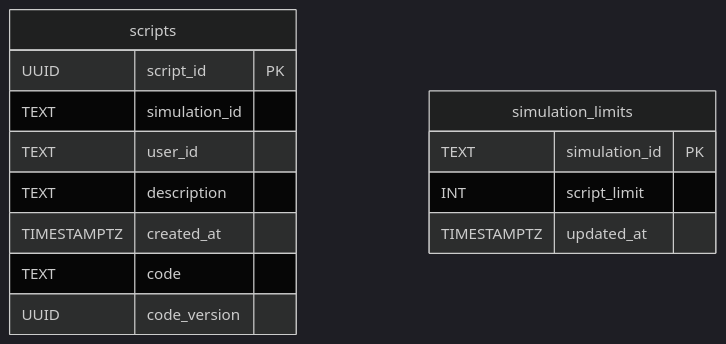
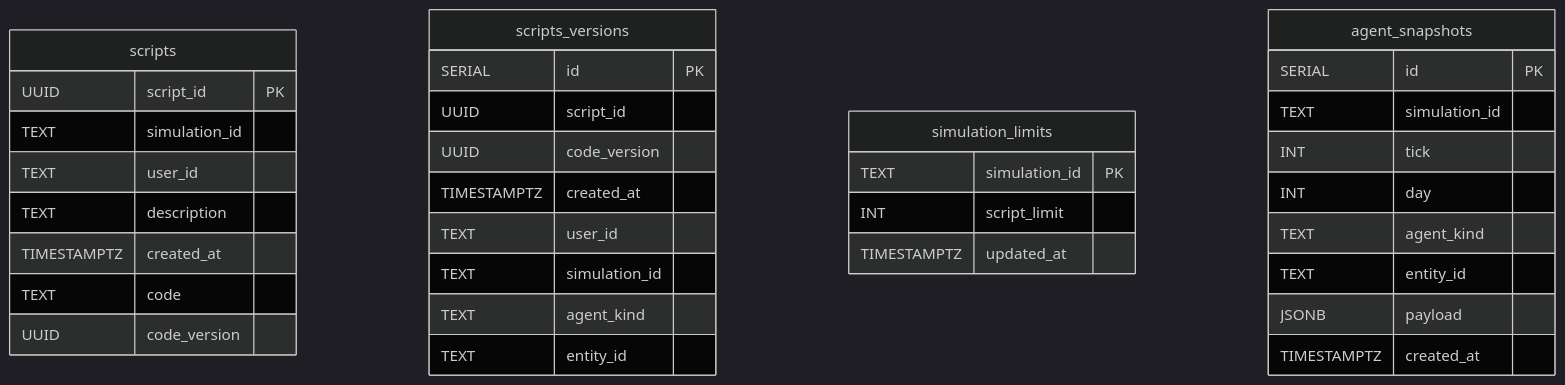
One commit to CeciliaGuo331/econ.simulator changed the second of 3 diagrams in docs/dev_handbook/2_DATA_AND_STORAGE.md. Above: the diagram before and after it, drawn with Mermaid (dark theme). The commit also changed other lines of this file and 25 other files, not shown here.

````diff
--- a/docs/dev_handbook/2_DATA_AND_STORAGE.md
+++ b/docs/dev_handbook/2_DATA_AND_STORAGE.md
@@ -66,17 +74,37 @@
 ```mermaid
 erDiagram
-    scripts {
-        UUID script_id PK
-        TEXT simulation_id
-        TEXT user_id
-        TEXT description
-        TIMESTAMPTZ created_at
-        TEXT code
-        UUID code_version
+  scripts {
+    UUID script_id PK
+    TEXT simulation_id
+    TEXT user_id
+    TEXT description
+    TIMESTAMPTZ created_at
+    TEXT code
+    UUID code_version
+  }
+  scripts_versions {
+    SERIAL id PK
+    UUID script_id
+    UUID code_version
+    TIMESTAMPTZ created_at
+    TEXT user_id
+    TEXT simulation_id
+    TEXT agent_kind
+    TEXT entity_id
   }
   simulation_limits {
     TEXT simulation_id PK
     INT script_limit
     TIMESTAMPTZ updated_at
   }
+  agent_snapshots {
+    SERIAL id PK
+    TEXT simulation_id
+    INT tick
+    INT day
+    TEXT agent_kind
+    TEXT entity_id
+    JSONB payload
+    TIMESTAMPTZ created_at
+  }
 ```
````
